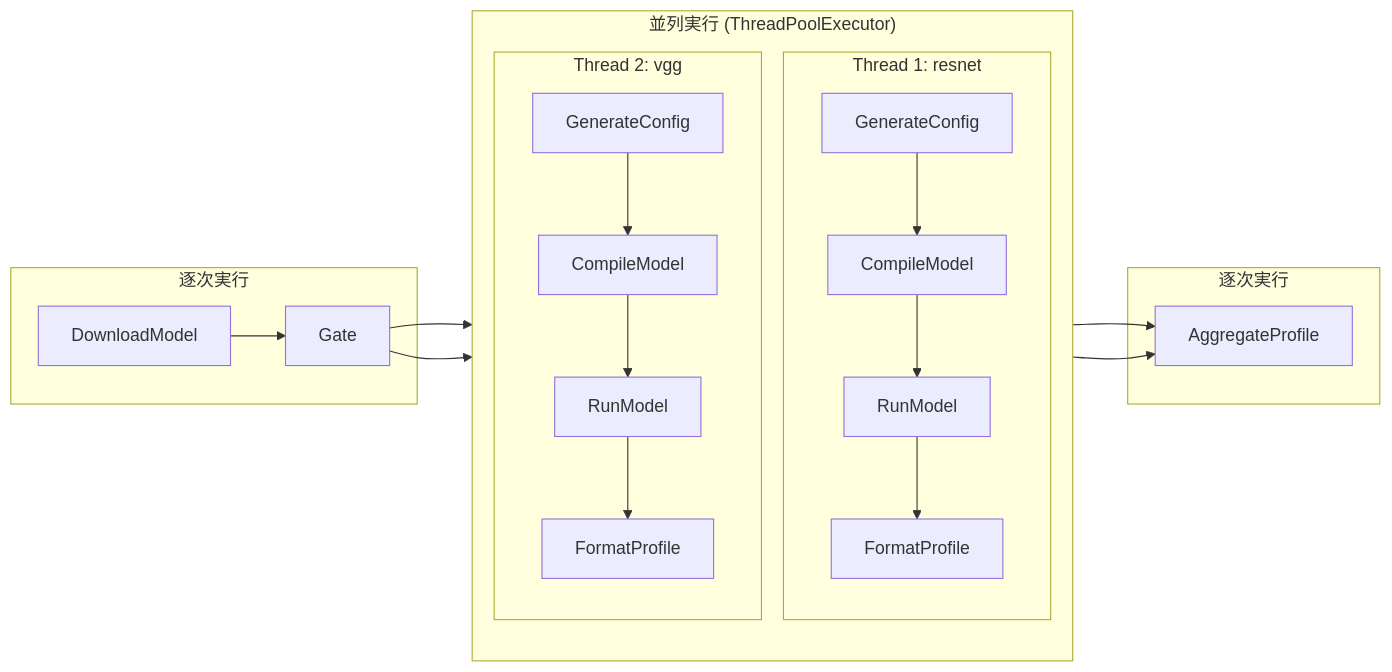
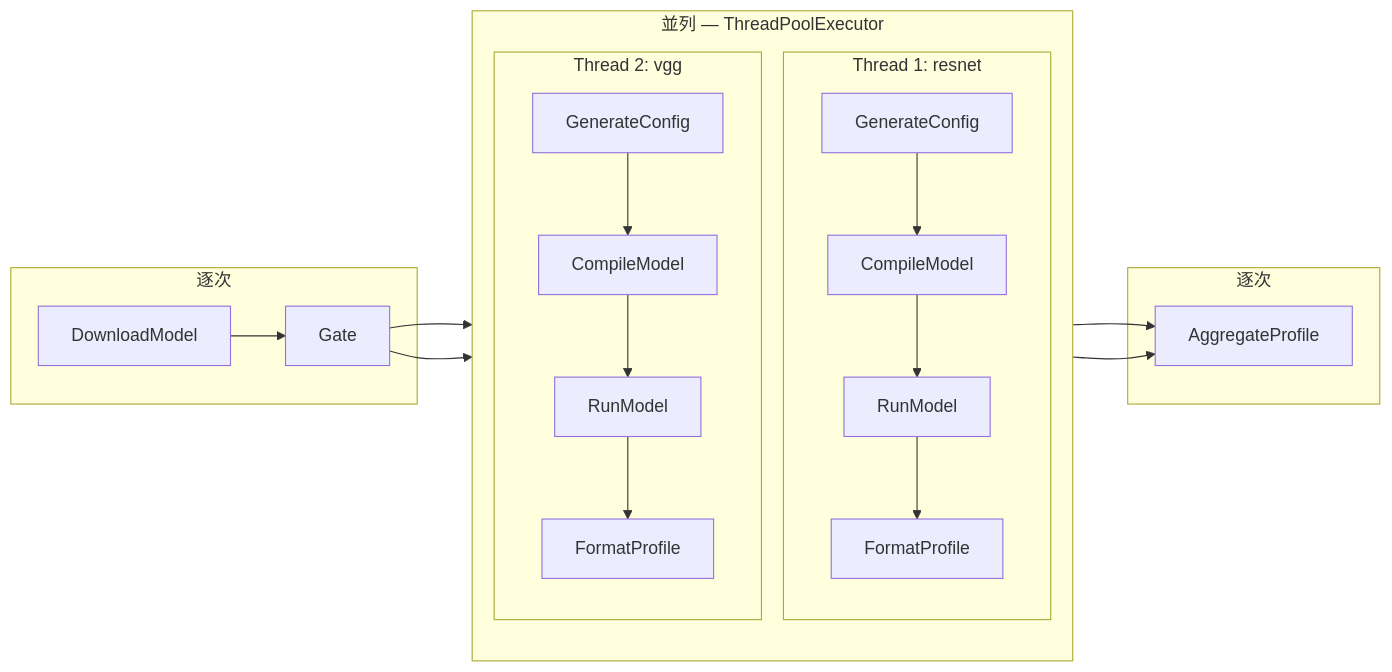
One commit to hatsuka20/vibe_test changed the third of 6 diagrams in docs/architecture.md. Above: the diagram before and after it, drawn with Mermaid. The commit also changed other lines of this file, not shown here.

First line of the commit message:
Rewrite architecture doc with motivation, examples, and narrative

````diff
--- a/docs/architecture.md
+++ b/docs/architecture.md
@@ -35,24 +127,24 @@
 ```mermaid
 flowchart LR
-    subgraph "逐次実行"
+    subgraph seq1["逐次"]
         DL[DownloadModel]
         G[Gate]
     end
 
-    subgraph "並列実行 (ThreadPoolExecutor)"
+    subgraph par["並列 ― ThreadPoolExecutor"]
         direction TB
-        subgraph "Thread 1: resnet"
+        subgraph t1["Thread 1: resnet"]
             GC1[GenerateConfig] --> CM1[CompileModel] --> RM1[RunModel] --> FP1[FormatProfile]
         end
-        subgraph "Thread 2: vgg"
+        subgraph t2["Thread 2: vgg"]
             GC2[GenerateConfig] --> CM2[CompileModel] --> RM2[RunModel] --> FP2[FormatProfile]
         end
     end
 
-    subgraph "逐次実行 "
+    subgraph seq2["逐次"]
         AG[AggregateProfile]
     end
 
     DL --> G --> GC1 & GC2
     FP1 & FP2 --> AG
 ```
````
